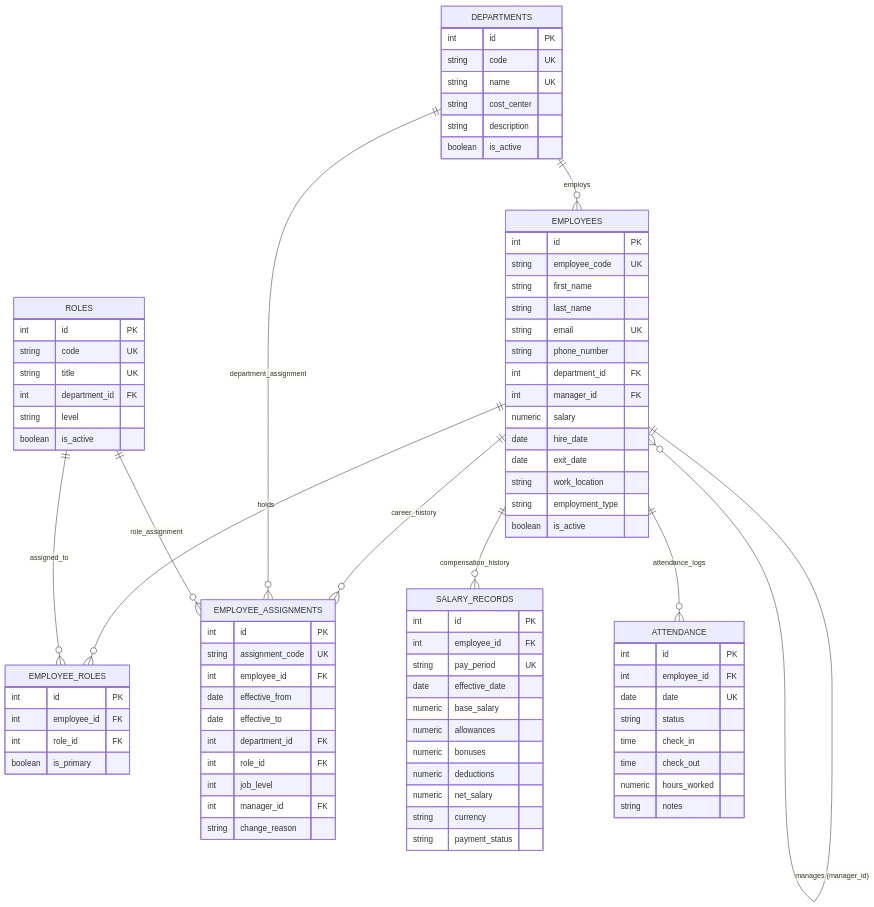
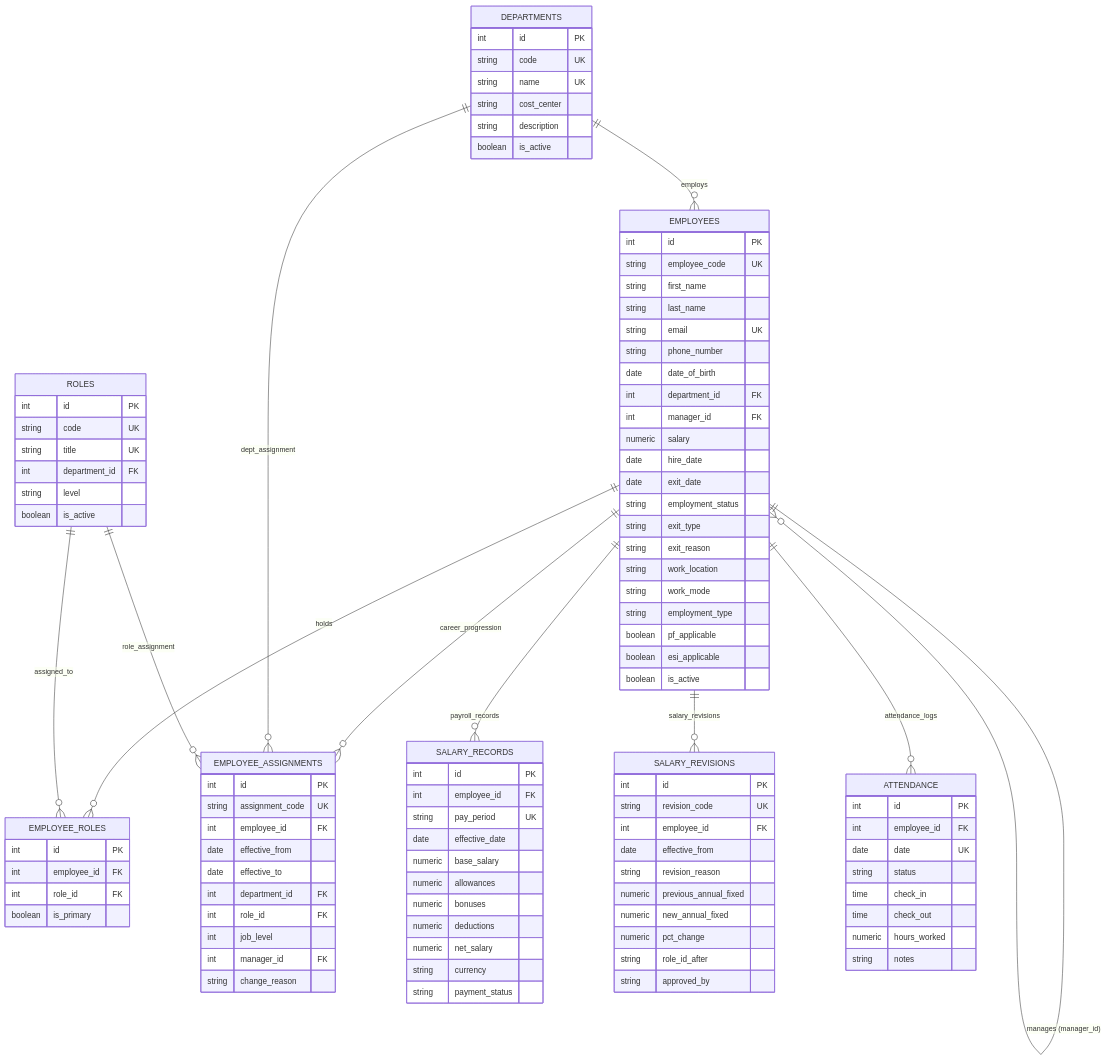
The diagram in README.md (abhinav2231/employee-management-api-), drawn with Mermaid before and after one commit. The commit also changed other lines of this file and 19 other files, not shown here.

```diff
--- a/README.md
+++ b/README.md
@@ -113,10 +130,11 @@
     EMPLOYEES ||--o{ EMPLOYEES : "manages (manager_id)"
     EMPLOYEES ||--o{ EMPLOYEE_ROLES : "holds"
     ROLES ||--o{ EMPLOYEE_ROLES : "assigned_to"
-    EMPLOYEES ||--o{ EMPLOYEE_ASSIGNMENTS : "career_history"
-    DEPARTMENTS ||--o{ EMPLOYEE_ASSIGNMENTS : "department_assignment"
+    EMPLOYEES ||--o{ EMPLOYEE_ASSIGNMENTS : "career_progression"
+    DEPARTMENTS ||--o{ EMPLOYEE_ASSIGNMENTS : "dept_assignment"
     ROLES ||--o{ EMPLOYEE_ASSIGNMENTS : "role_assignment"
-    EMPLOYEES ||--o{ SALARY_RECORDS : "compensation_history"
+    EMPLOYEES ||--o{ SALARY_RECORDS : "payroll_records"
+    EMPLOYEES ||--o{ SALARY_REVISIONS : "salary_revisions"
     EMPLOYEES ||--o{ ATTENDANCE : "attendance_logs"
 
     DEPARTMENTS {
@@ -144,13 +162,20 @@
         string last_name
         string email UK
         string phone_number
+        date date_of_birth
         int department_id FK
         int manager_id FK
         numeric salary
         date hire_date
         date exit_date
+        string employment_status
+        string exit_type
+        string exit_reason
         string work_location
+        string work_mode
         string employment_type
+        boolean pf_applicable
+        boolean esi_applicable
         boolean is_active
     }
 
@@ -188,6 +213,19 @@
         string payment_status
     }
 
+    SALARY_REVISIONS {
+        int id PK
+        string revision_code UK
+        int employee_id FK
+        date effective_from
+        string revision_reason
+        numeric previous_annual_fixed
+        numeric new_annual_fixed
+        numeric pct_change
+        string role_id_after
+        string approved_by
+    }
+
     ATTENDANCE {
         int id PK
         int employee_id FK
```
